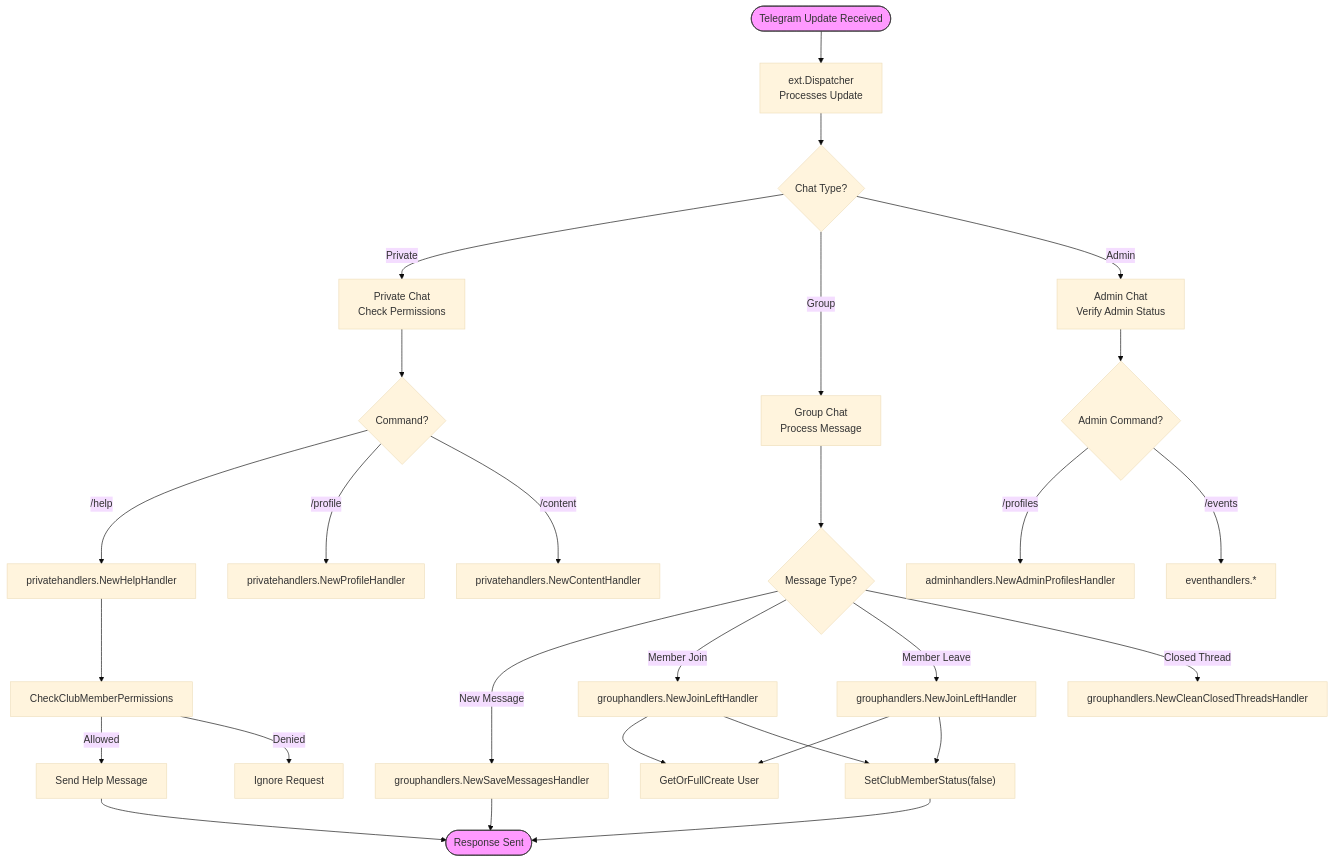
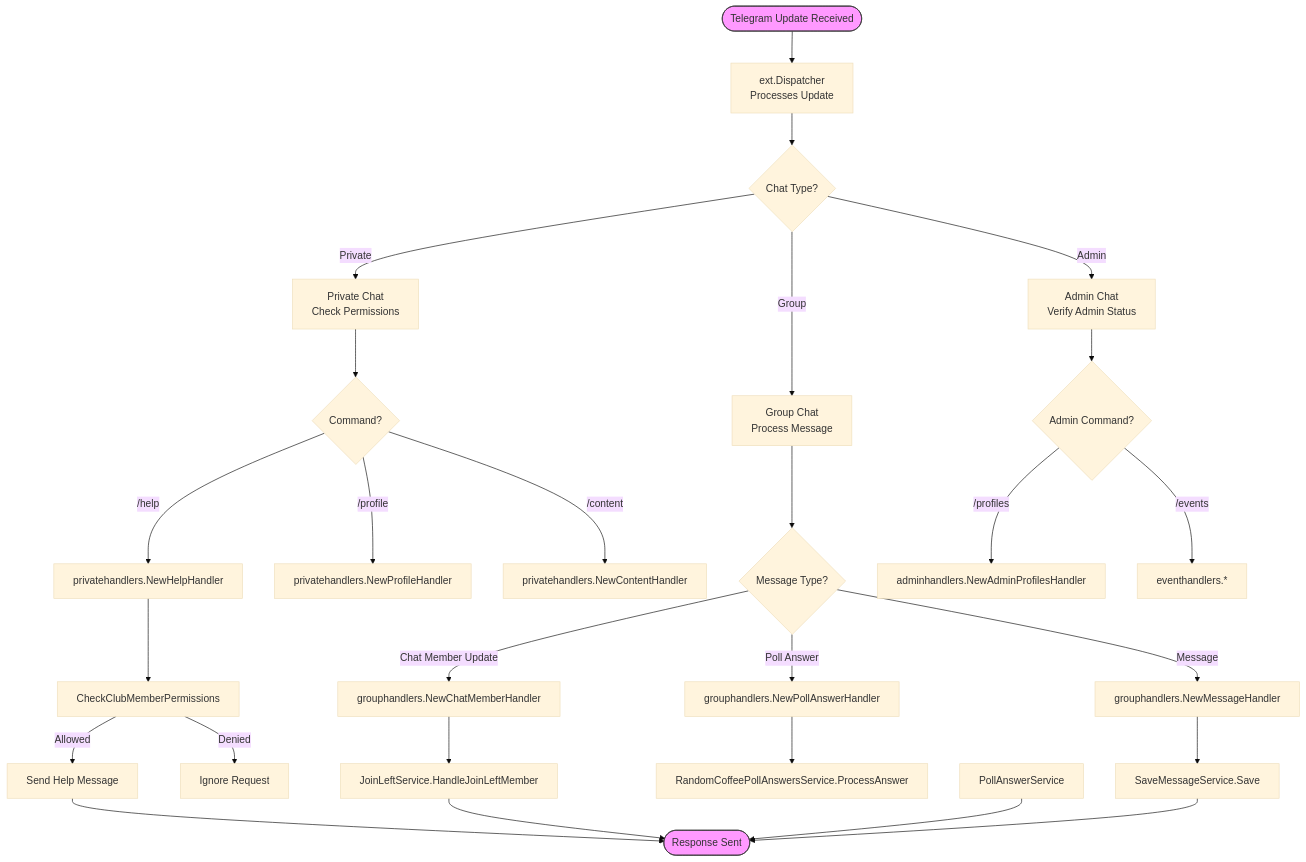
Before and after one commit to it-beard/evo-bot-go: the fourth of 10 diagrams in .qoder/repowiki/en/content/Handler System/Handler System.md, drawn with Mermaid (base theme). The commit also changed other lines of this file and 22 other files, not shown here.

````diff
--- a/.qoder/repowiki/en/content/Handler System/Handler System.md
+++ b/.qoder/repowiki/en/content/Handler System/Handler System.md
@@ -178,32 +195,31 @@
 ```mermaid
 flowchart TD
 Start([Telegram Update Received]) --> Dispatcher["ext.Dispatcher\nProcesses Update"]
 Dispatcher --> ChatType{Chat Type?}
 ChatType --> |Private| PrivateRoute["Private Chat\nCheck Permissions"]
 ChatType --> |Group| GroupRoute["Group Chat\nProcess Message"]
 ChatType --> |Admin| AdminRoute["Admin Chat\nVerify Admin Status"]
 PrivateRoute --> Command{Command?}
 Command --> |/help| HelpHandler["privatehandlers.NewHelpHandler"]
 Command --> |/profile| ProfileHandler["privatehandlers.NewProfileHandler"]
 Command --> |/content| ContentHandler["privatehandlers.NewContentHandler"]
 GroupRoute --> MessageType{Message Type?}
-MessageType --> |New Message| SaveMessage["grouphandlers.NewSaveMessagesHandler"]
-MessageType --> |Member Join| JoinHandler["grouphandlers.NewJoinLeftHandler"]
-MessageType --> |Member Leave| LeaveHandler["grouphandlers.NewJoinLeftHandler"]
-MessageType --> |Closed Thread| CleanHandler["grouphandlers.NewCleanClosedThreadsHandler"]
+MessageType --> |Chat Member Update| ChatMemberHandler["grouphandlers.NewChatMemberHandler"]
+MessageType --> |Poll Answer| PollAnswerHandler["grouphandlers.NewPollAnswerHandler"]
+MessageType --> |Message| MessageHandler["grouphandlers.NewMessageHandler"]
 AdminRoute --> AdminCommand{Admin Command?}
 AdminCommand --> |/profiles| ProfilesHandler["adminhandlers.NewAdminProfilesHandler"]
 AdminCommand --> |/events| EventHandlers["eventhandlers.*"]
 HelpHandler --> PermissionCheck["CheckClubMemberPermissions"]
 PermissionCheck --> |Allowed| SendHelp["Send Help Message"]
 PermissionCheck --> |Denied| Ignore["Ignore Request"]
-JoinHandler --> UserRepository["GetOrFullCreate User"]
-JoinHandler --> SetClubStatus["SetClubMemberStatus(true)"]
-LeaveHandler --> UserRepository["GetOrFullCreate User"]
-LeaveHandler --> SetClubStatus["SetClubMemberStatus(false)"]
+ChatMemberHandler --> JoinLeftService["JoinLeftService.HandleJoinLeftMember"]
+PollAnswerHandler --> RandomCoffeePollAnswersService["RandomCoffeePollAnswersService.ProcessAnswer"]
+MessageHandler --> SaveMessageService["SaveMessageService.Save"]
 SendHelp --> End([Response Sent])
-SetClubStatus --> End
-SaveMessage --> End
+JoinLeftService --> End
+PollAnswerService --> End
+SaveMessageService --> End
 style Start fill:#f9f,stroke:#333
 style End fill:#f9f,stroke:#333
 ```
````
